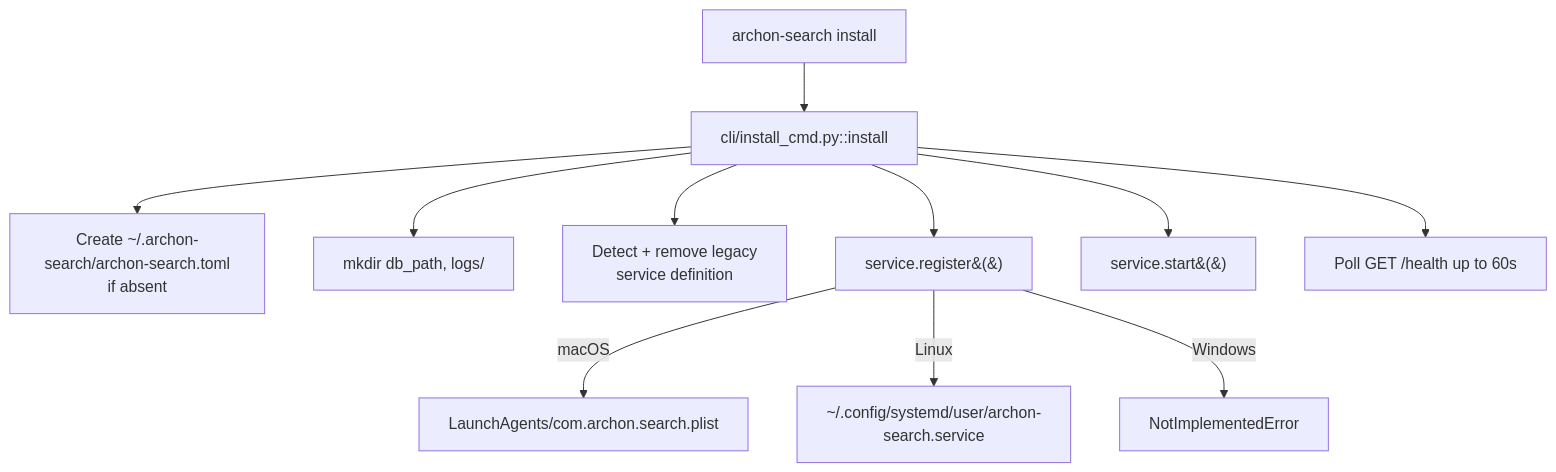
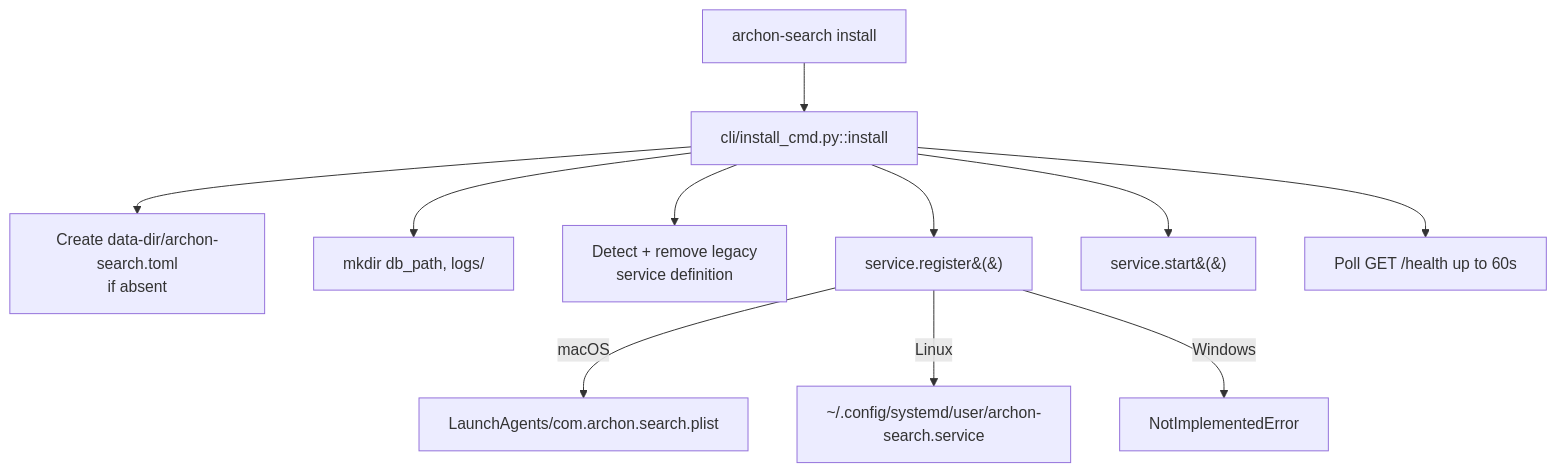
The second of 2 diagrams in Documentation/Architecture/160_operational_readiness_monitoring_and_reliability.md (user538295/archon-search), drawn with Mermaid before and after one commit. The commit also changed other lines of this file and 70 other files, not shown here.

First line of the commit message:
fix(config): derive the default config path from the data dir

````diff
--- a/Documentation/Architecture/160_operational_readiness_monitoring_and_reliability.md
+++ b/Documentation/Architecture/160_operational_readiness_monitoring_and_reliability.md
@@ -116,13 +116,13 @@
 ```mermaid
 flowchart TB
   CLI[archon-search install] --> INST[cli/install_cmd.py::install]
-  INST --> CFG[Create ~/.archon-search/archon-search.toml<br/>if absent]
+  INST --> CFG[Create data-dir/archon-search.toml<br/>if absent]
   INST --> DIRS[mkdir db_path, logs/]
   INST --> LEGACY[Detect + remove legacy<br/>service definition]
   INST --> REG[service.register&#40;&#41;]
   REG -->|macOS| L[LaunchAgents/com.archon.search.plist]
   REG -->|Linux| U[~/.config/systemd/user/archon-search.service]
   REG -->|Windows| X[NotImplementedError]
   INST --> START[service.start&#40;&#41;]
   INST --> WAIT[Poll GET /health up to 60s]
 ```
````
